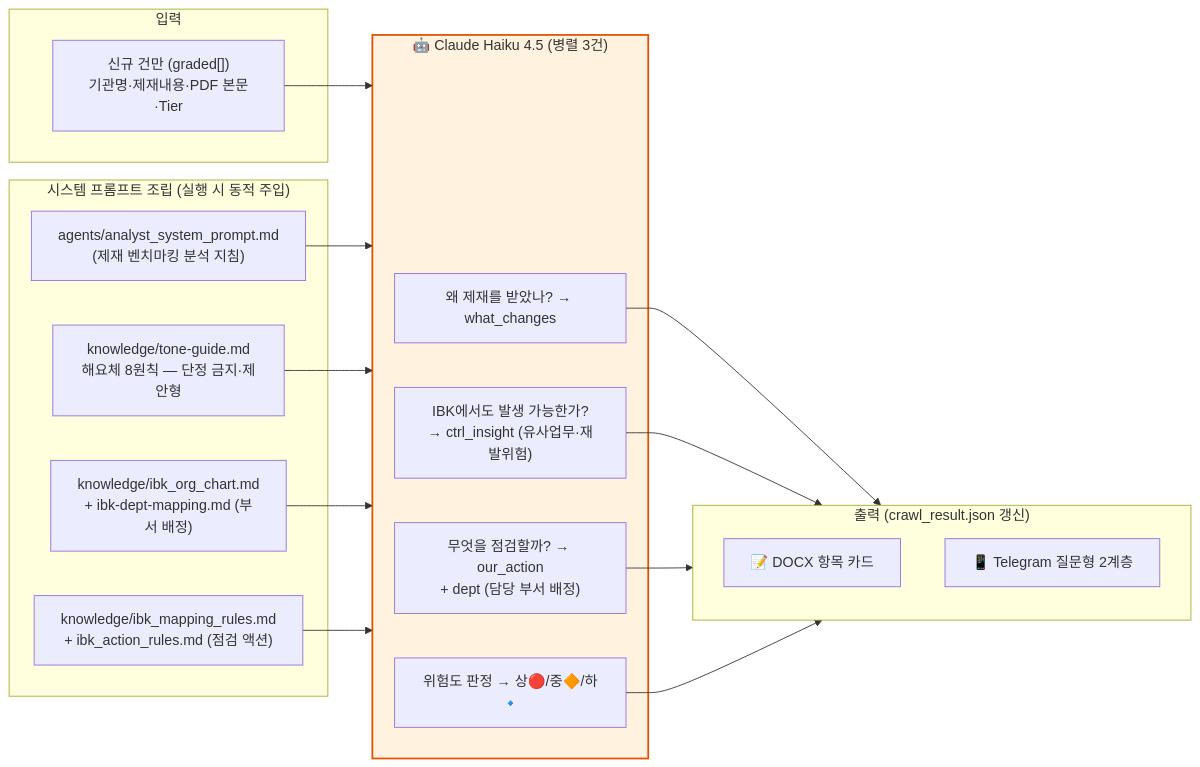
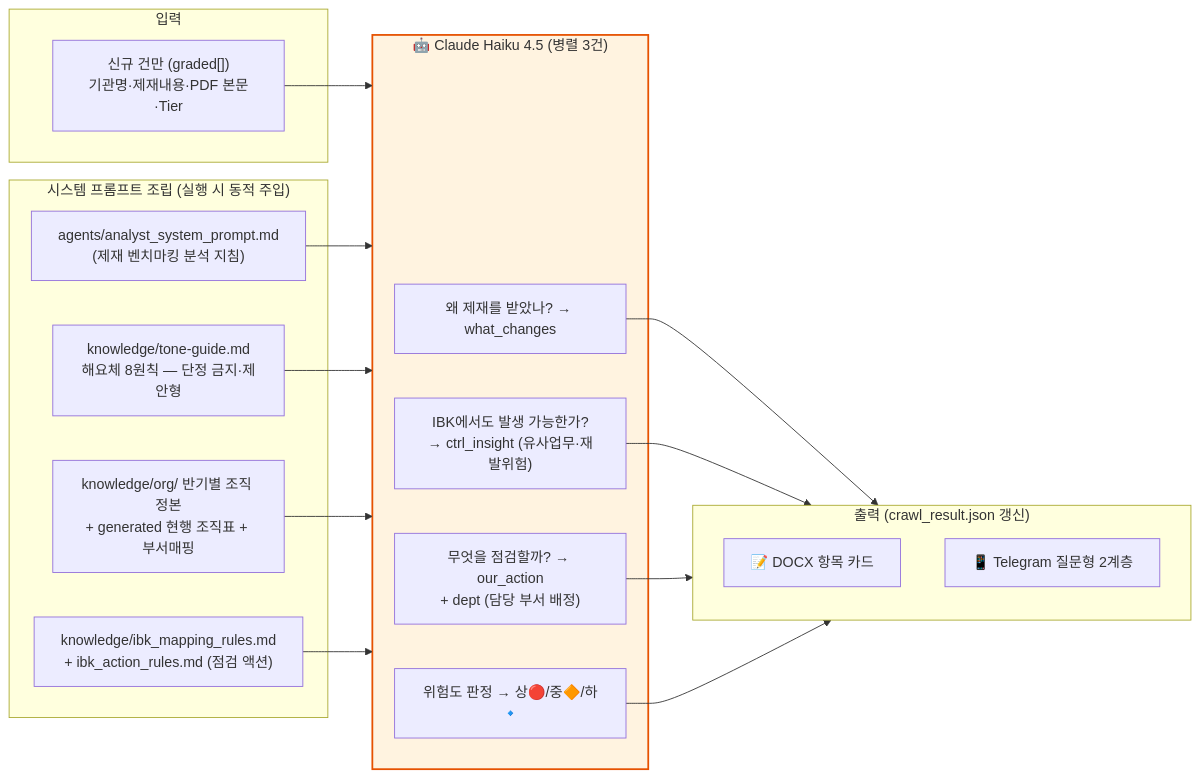
Before and after one commit to pyorocop-lang/ibk-FSS-brief: the second of 2 diagrams in docs/deliverables/03_BUSINESS_DOC.md, drawn with Mermaid. The commit also changed 27 other files, not shown here.

````diff
--- a/docs/deliverables/03_BUSINESS_DOC.md
+++ b/docs/deliverables/03_BUSINESS_DOC.md
@@ -72,37 +72,37 @@
 ```mermaid
 flowchart LR
     subgraph INPUT["입력"]
         NEW["신규 건만 (graded[])<br/>기관명·제재내용·PDF 본문·Tier"]
     end
 
     subgraph PROMPT["시스템 프롬프트 조립 (실행 시 동적 주입)"]
         BASE["agents/analyst_system_prompt.md<br/>(제재 벤치마킹 분석 지침)"]
         K1["knowledge/tone-guide.md<br/>해요체 8원칙 — 단정 금지·제안형"]
-        K2["knowledge/ibk_org_chart.md<br/>+ ibk-dept-mapping.md (부서 배정)"]
+        K2["knowledge/org/ 반기별 조직 정본<br/>+ generated 현행 조직표 + 부서매핑"]
         K3["knowledge/ibk_mapping_rules.md<br/>+ ibk_action_rules.md (점검 액션)"]
     end
 
     subgraph LLM["🤖 Claude Haiku 4.5 (병렬 3건)"]
         Q1["왜 제재를 받았나? → what_changes"]
         Q2["IBK에서도 발생 가능한가?<br/>→ ctrl_insight (유사업무·재발위험)"]
         Q3["무엇을 점검할까? → our_action<br/>+ dept (담당 부서 배정)"]
         Q4["위험도 판정 → 상🔴/중🔶/하🔹"]
     end
 
     subgraph OUTPUT["출력 (crawl_result.json 갱신)"]
         DOCX["📝 DOCX 항목 카드"]
         TGM["📱 Telegram 질문형 2계층"]
     end
 
     NEW --> LLM
     BASE --> LLM
     K1 --> LLM
     K2 --> LLM
     K3 --> LLM
     Q1 --> OUTPUT
     Q2 --> OUTPUT
     Q3 --> OUTPUT
     Q4 --> OUTPUT
 
     style LLM fill:#FFF3E0,stroke:#E65100,stroke-width:2px
 ```
````
